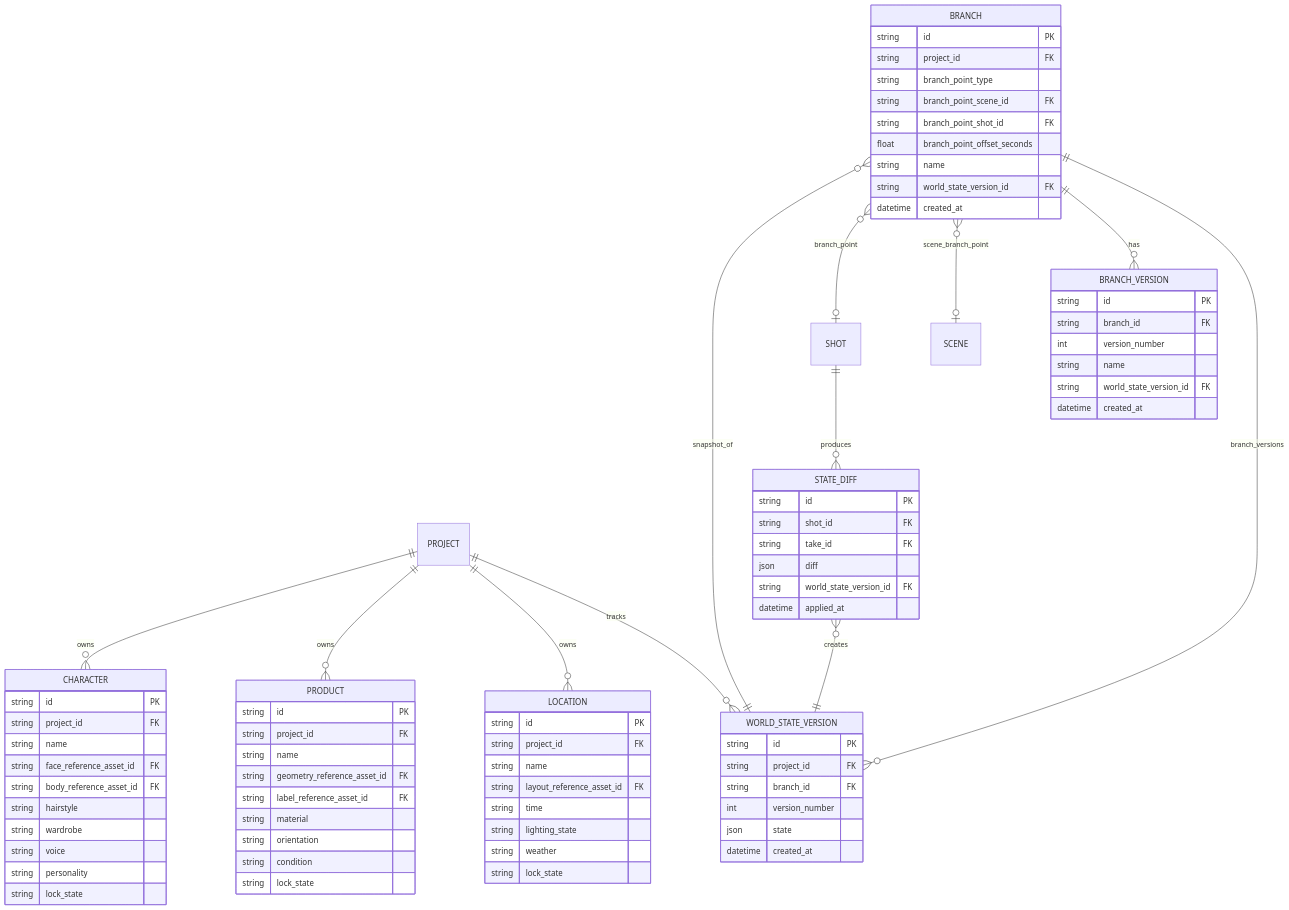
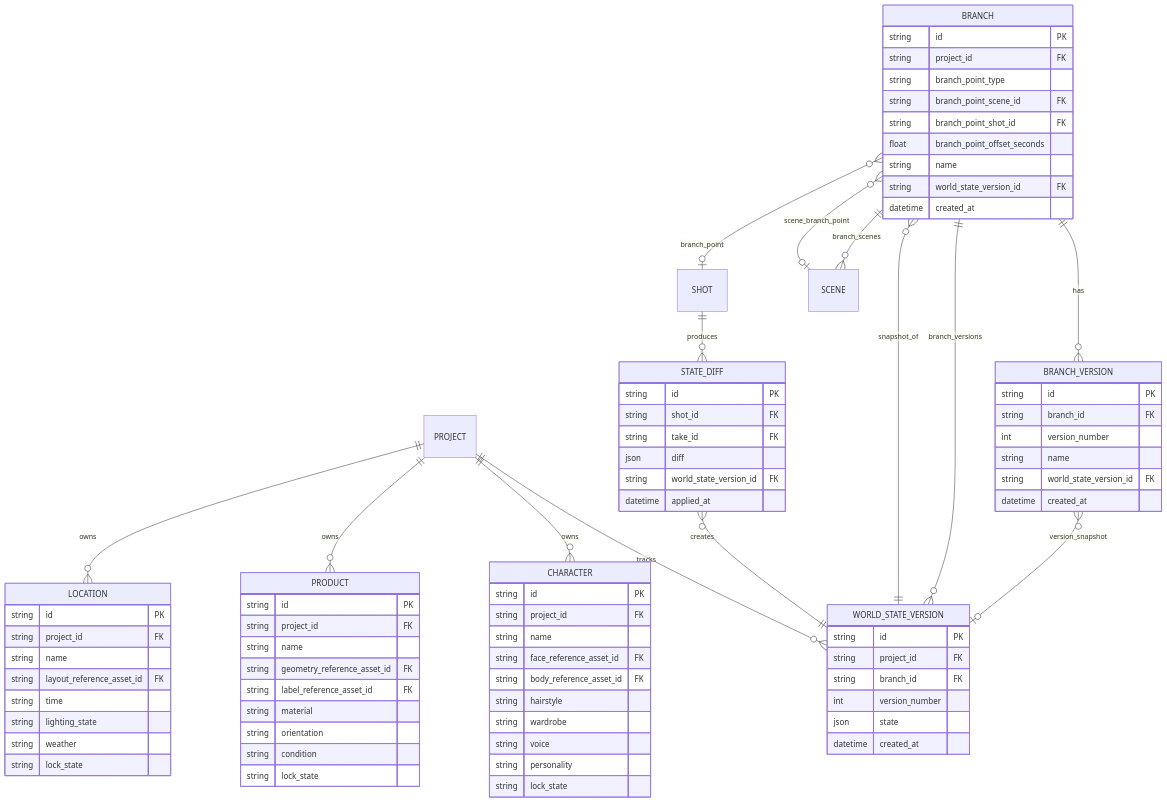
Before and after one commit to ousiassllc/mam: the third of 5 diagrams in spec/architecture/er.md, drawn with Mermaid. The commit also changed other lines of this file, not shown here.

Commit message:
fix: ER図にBRANCH-SCENE/BRANCH_VERSION-WORLD_STATE_VERSIONの関係線を追加

```diff
--- a/spec/architecture/er.md
+++ b/spec/architecture/er.md
@@ -140,6 +141,8 @@
     BRANCH }o--o| SCENE : scene_branch_point
     BRANCH ||--o{ BRANCH_VERSION : has
     BRANCH ||--o{ WORLD_STATE_VERSION : branch_versions
+    BRANCH ||--o{ SCENE : branch_scenes
+    BRANCH_VERSION }o--o| WORLD_STATE_VERSION : version_snapshot
 
     CHARACTER {
         string id PK
```
